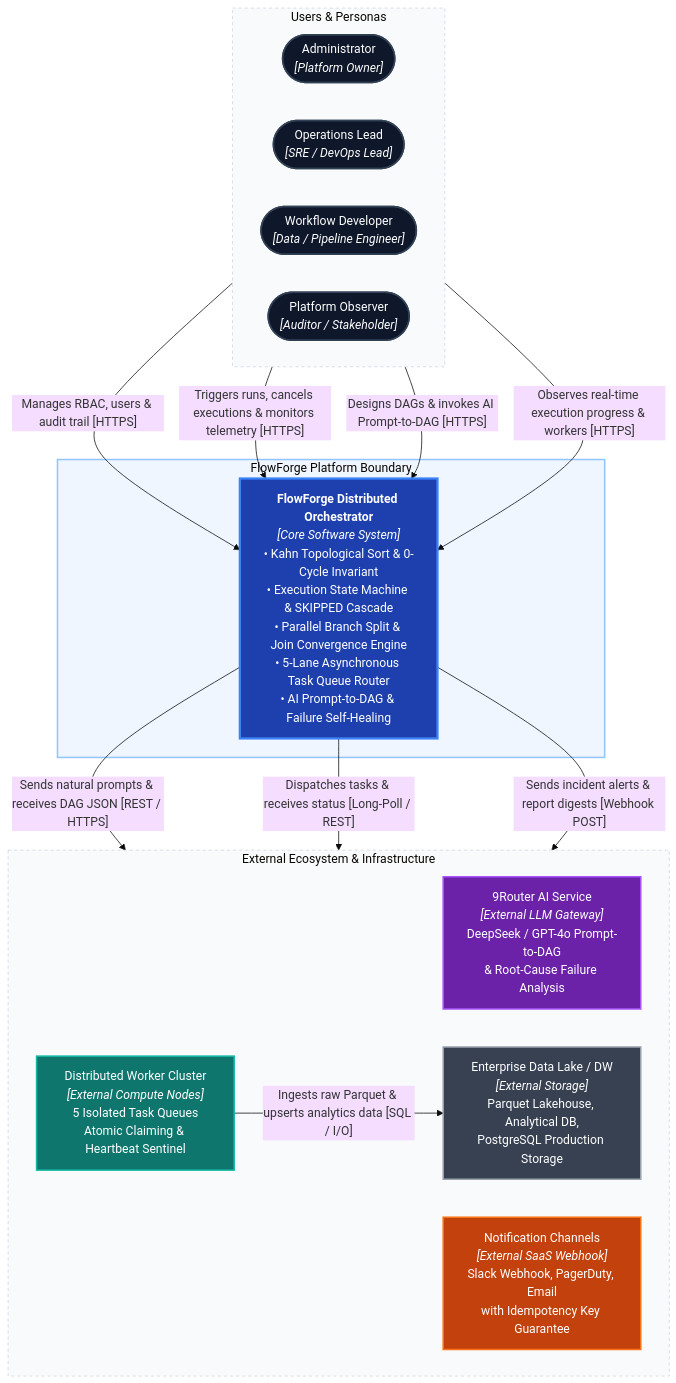
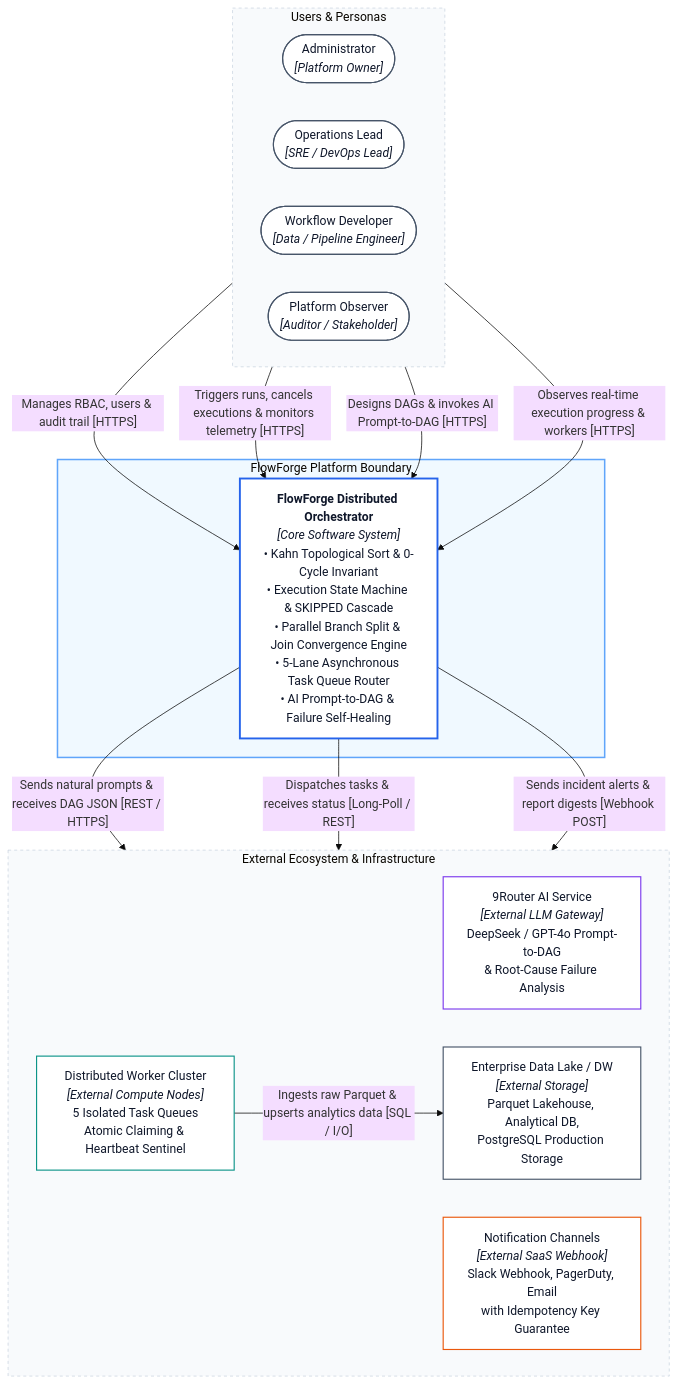
One commit to AnCoder1310/FlowForge changed the second of 11 diagrams in README.md. Above: the diagram before and after it, drawn with Mermaid (base theme). The commit also changed other lines of this file and 3 other files, not shown here.

Commit message:
docs & diagrams: redraw architecture diagrams to clean light theme and update README

````diff
--- a/README.md
+++ b/README.md
@@ -207,43 +209,43 @@
 ```mermaid
 flowchart TB
     subgraph actors["Users & Personas"]
         direction LR
         admin(["Administrator<br/><i>[Platform Owner]</i>"]):::actor
         operator(["Operations Lead<br/><i>[SRE / DevOps Lead]</i>"]):::actor
         dev(["Workflow Developer<br/><i>[Data / Pipeline Engineer]</i>"]):::actor
         viewer(["Platform Observer<br/><i>[Auditor / Stakeholder]</i>"]):::actor
     end
 
     subgraph platformBoundary["FlowForge Platform Boundary"]
         flowforge["<b>FlowForge Distributed Orchestrator</b><br/><i>[Core Software System]</i><br/>• Kahn Topological Sort & 0-Cycle Invariant<br/>• Execution State Machine & SKIPPED Cascade<br/>• Parallel Branch Split & Join Convergence Engine<br/>• 5-Lane Asynchronous Task Queue Router<br/>• AI Prompt-to-DAG & Failure Self-Healing"]:::platform
     end
 
     subgraph externals["External Ecosystem & Infrastructure"]
         direction LR
         aiGateway["9Router AI Service<br/><i>[External LLM Gateway]</i><br/>DeepSeek / GPT-4o Prompt-to-DAG<br/>& Root-Cause Failure Analysis"]:::aiExternal
         workerNodes["Distributed Worker Cluster<br/><i>[External Compute Nodes]</i><br/>5 Isolated Task Queues<br/>Atomic Claiming & Heartbeat Sentinel"]:::workerExternal
         slackNotify["Notification Channels<br/><i>[External SaaS Webhook]</i><br/>Slack Webhook, PagerDuty, Email<br/>with Idempotency Key Guarantee"]:::notifyExternal
         dataStorage["Enterprise Data Lake / DW<br/><i>[External Storage]</i><br/>Parquet Lakehouse, Analytical DB,<br/>PostgreSQL Production Storage"]:::storageExternal
     end
 
     admin -- "Manages RBAC, users & audit trail [HTTPS]" --> flowforge
     operator -- "Triggers runs, cancels executions & monitors telemetry [HTTPS]" --> flowforge
     dev -- "Designs DAGs & invokes AI Prompt-to-DAG [HTTPS]" --> flowforge
     viewer -- "Observes real-time execution progress & workers [HTTPS]" --> flowforge
 
     flowforge -- "Sends natural prompts & receives DAG JSON [REST / HTTPS]" --> aiGateway
     flowforge -- "Dispatches tasks & receives status [Long-Poll / REST]" --> workerNodes
     flowforge -- "Sends incident alerts & report digests [Webhook POST]" --> slackNotify
     workerNodes -- "Ingests raw Parquet & upserts analytics data [SQL / I/O]" --> dataStorage
 
-    classDef actor fill:#0f172a,color:#fff,stroke:#334155,stroke-width:2px;
-    classDef platform fill:#1e40af,color:#fff,stroke:#3b82f6,stroke-width:3px;
-    classDef aiExternal fill:#6b21a8,color:#fff,stroke:#a855f7,stroke-width:2px;
-    classDef workerExternal fill:#0f766e,color:#fff,stroke:#14b8a6,stroke-width:2px;
-    classDef notifyExternal fill:#c2410c,color:#fff,stroke:#f97316,stroke-width:2px;
-    classDef storageExternal fill:#374151,color:#fff,stroke:#9ca3af,stroke-width:2px;
+    classDef actor fill:#ffffff,color:#0f172a,stroke:#475569,stroke-width:1.5px;
+    classDef platform fill:#ffffff,color:#0f172a,stroke:#2563eb,stroke-width:2.5px;
+    classDef aiExternal fill:#ffffff,color:#0f172a,stroke:#7c3aed,stroke-width:1.5px;
+    classDef workerExternal fill:#ffffff,color:#0f172a,stroke:#0d9488,stroke-width:1.5px;
+    classDef notifyExternal fill:#ffffff,color:#0f172a,stroke:#ea580c,stroke-width:1.5px;
+    classDef storageExternal fill:#ffffff,color:#0f172a,stroke:#475569,stroke-width:1.5px;
 
     style actors fill:#f8fafc,stroke:#cbd5e1,stroke-dasharray:4 4
-    style platformBoundary fill:#eff6ff,stroke:#93c5fd,stroke-width:2px
+    style platformBoundary fill:#f0f9ff,stroke:#60a5fa,stroke-width:2px
     style externals fill:#f8fafc,stroke:#cbd5e1,stroke-dasharray:4 4
 ```
````
